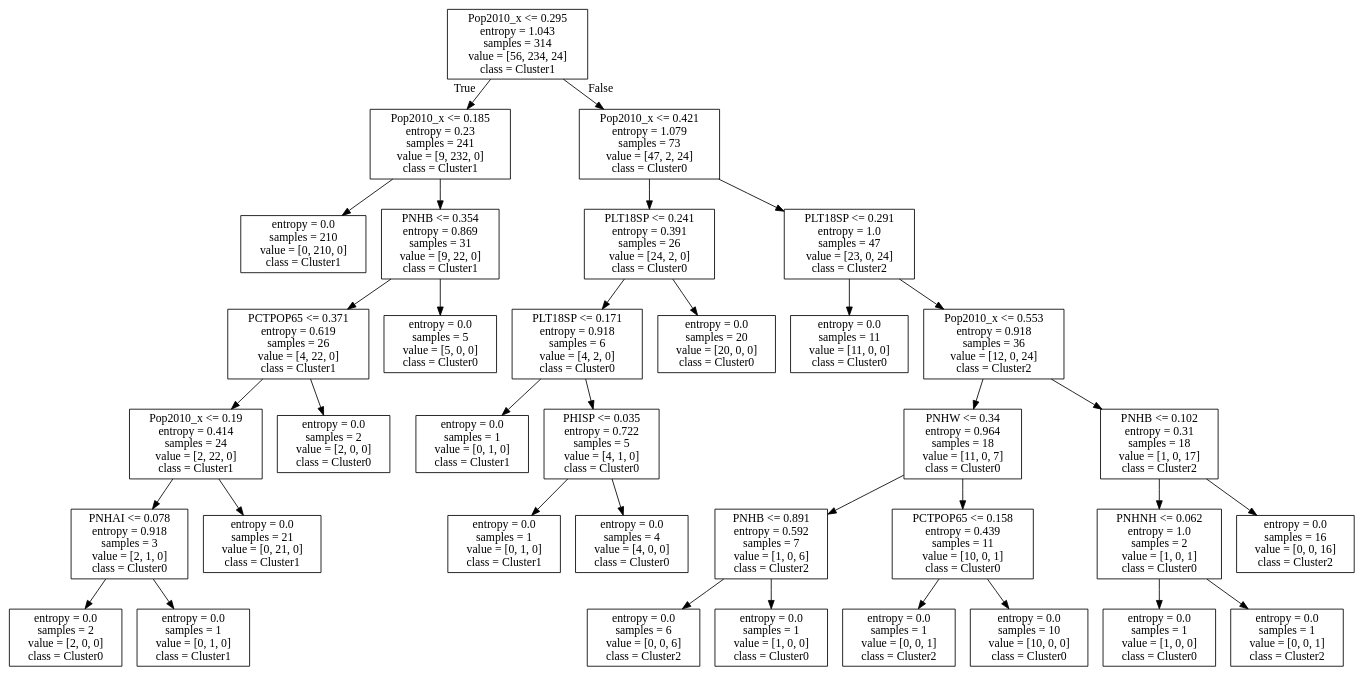
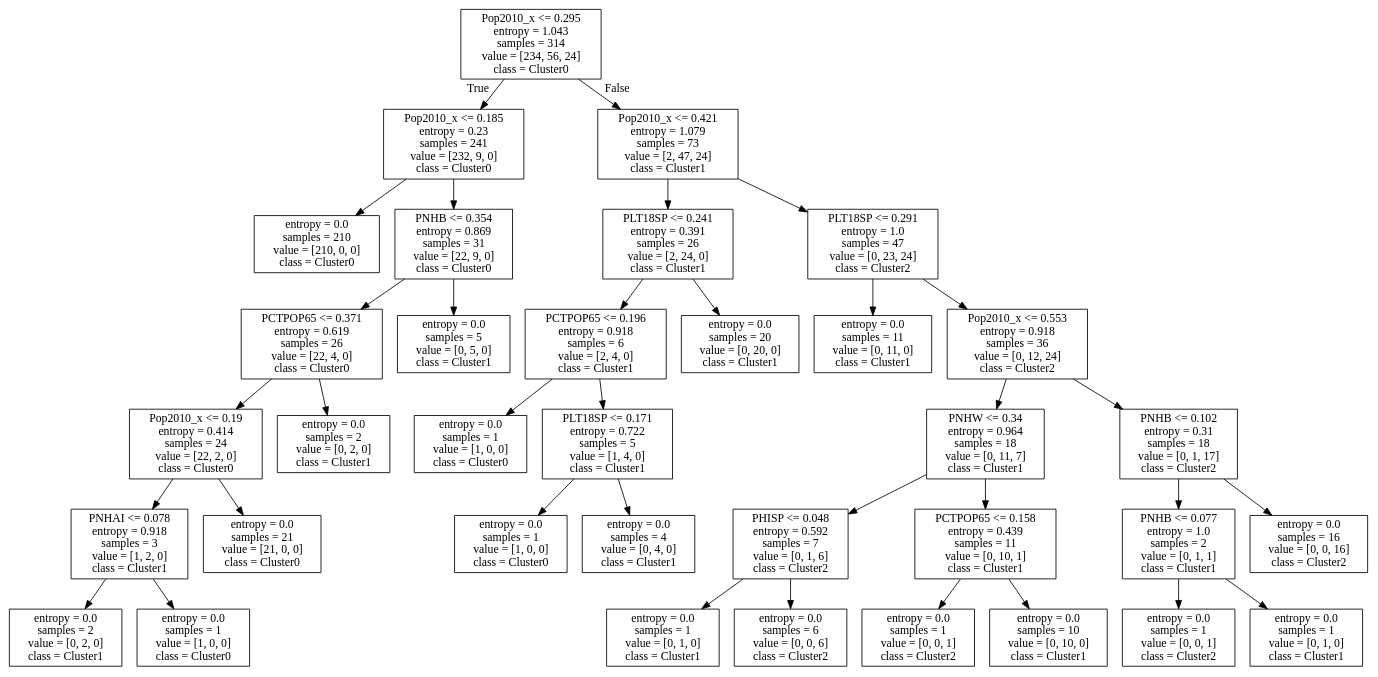
The diagram in tree_entropy.dot (arunkulkarni95/COSC467_FinalProject), drawn with Graphviz before and after one commit. The commit also changed 3 other files, not shown here.

Commit message:
updated tree graphs

```diff
--- a/tree_entropy.dot
+++ b/tree_entropy.dot
@@ -1,72 +1,72 @@
 digraph Tree {
 node [shape=box] ;
-0 [label="Pop2010_x <= 0.295\nentropy = 1.043\nsamples = 314\nvalue = [56, 234, 24]\nclass = Cluster1"] ;
-1 [label="Pop2010_x <= 0.185\nentropy = 0.23\nsamples = 241\nvalue = [9, 232, 0]\nclass = Cluster1"] ;
+0 [label="Pop2010_x <= 0.295\nentropy = 1.043\nsamples = 314\nvalue = [234, 56, 24]\nclass = Cluster0"] ;
+1 [label="Pop2010_x <= 0.185\nentropy = 0.23\nsamples = 241\nvalue = [232, 9, 0]\nclass = Cluster0"] ;
 0 -> 1 [labeldistance=2.5, labelangle=45, headlabel="True"] ;
-2 [label="entropy = 0.0\nsamples = 210\nvalue = [0, 210, 0]\nclass = Cluster1"] ;
+2 [label="entropy = 0.0\nsamples = 210\nvalue = [210, 0, 0]\nclass = Cluster0"] ;
 1 -> 2 ;
-3 [label="PNHB <= 0.354\nentropy = 0.869\nsamples = 31\nvalue = [9, 22, 0]\nclass = Cluster1"] ;
+3 [label="PNHB <= 0.354\nentropy = 0.869\nsamples = 31\nvalue = [22, 9, 0]\nclass = Cluster0"] ;
 1 -> 3 ;
-4 [label="PCTPOP65 <= 0.371\nentropy = 0.619\nsamples = 26\nvalue = [4, 22, 0]\nclass = Cluster1"] ;
+4 [label="PCTPOP65 <= 0.371\nentropy = 0.619\nsamples = 26\nvalue = [22, 4, 0]\nclass = Cluster0"] ;
 3 -> 4 ;
-5 [label="Pop2010_x <= 0.19\nentropy = 0.414\nsamples = 24\nvalue = [2, 22, 0]\nclass = Cluster1"] ;
+5 [label="Pop2010_x <= 0.19\nentropy = 0.414\nsamples = 24\nvalue = [22, 2, 0]\nclass = Cluster0"] ;
 4 -> 5 ;
-6 [label="PNHAI <= 0.078\nentropy = 0.918\nsamples = 3\nvalue = [2, 1, 0]\nclass = Cluster0"] ;
+6 [label="PNHAI <= 0.078\nentropy = 0.918\nsamples = 3\nvalue = [1, 2, 0]\nclass = Cluster1"] ;
 5 -> 6 ;
-7 [label="entropy = 0.0\nsamples = 2\nvalue = [2, 0, 0]\nclass = Cluster0"] ;
+7 [label="entropy = 0.0\nsamples = 2\nvalue = [0, 2, 0]\nclass = Cluster1"] ;
 6 -> 7 ;
-8 [label="entropy = 0.0\nsamples = 1\nvalue = [0, 1, 0]\nclass = Cluster1"] ;
+8 [label="entropy = 0.0\nsamples = 1\nvalue = [1, 0, 0]\nclass = Cluster0"] ;
 6 -> 8 ;
-9 [label="entropy = 0.0\nsamples = 21\nvalue = [0, 21, 0]\nclass = Cluster1"] ;
+9 [label="entropy = 0.0\nsamples = 21\nvalue = [21, 0, 0]\nclass = Cluster0"] ;
 5 -> 9 ;
-10 [label="entropy = 0.0\nsamples = 2\nvalue = [2, 0, 0]\nclass = Cluster0"] ;
+10 [label="entropy = 0.0\nsamples = 2\nvalue = [0, 2, 0]\nclass = Cluster1"] ;
 4 -> 10 ;
-11 [label="entropy = 0.0\nsamples = 5\nvalue = [5, 0, 0]\nclass = Cluster0"] ;
+11 [label="entropy = 0.0\nsamples = 5\nvalue = [0, 5, 0]\nclass = Cluster1"] ;
 3 -> 11 ;
-12 [label="Pop2010_x <= 0.421\nentropy = 1.079\nsamples = 73\nvalue = [47, 2, 24]\nclass = Cluster0"] ;
+12 [label="Pop2010_x <= 0.421\nentropy = 1.079\nsamples = 73\nvalue = [2, 47, 24]\nclass = Cluster1"] ;
 0 -> 12 [labeldistance=2.5, labelangle=-45, headlabel="False"] ;
-13 [label="PLT18SP <= 0.241\nentropy = 0.391\nsamples = 26\nvalue = [24, 2, 0]\nclass = Cluster0"] ;
+13 [label="PLT18SP <= 0.241\nentropy = 0.391\nsamples = 26\nvalue = [2, 24, 0]\nclass = Cluster1"] ;
 12 -> 13 ;
-14 [label="PLT18SP <= 0.171\nentropy = 0.918\nsamples = 6\nvalue = [4, 2, 0]\nclass = Cluster0"] ;
+14 [label="PCTPOP65 <= 0.196\nentropy = 0.918\nsamples = 6\nvalue = [2, 4, 0]\nclass = Cluster1"] ;
 13 -> 14 ;
-15 [label="entropy = 0.0\nsamples = 1\nvalue = [0, 1, 0]\nclass = Cluster1"] ;
+15 [label="entropy = 0.0\nsamples = 1\nvalue = [1, 0, 0]\nclass = Cluster0"] ;
 14 -> 15 ;
-16 [label="PHISP <= 0.035\nentropy = 0.722\nsamples = 5\nvalue = [4, 1, 0]\nclass = Cluster0"] ;
+16 [label="PLT18SP <= 0.171\nentropy = 0.722\nsamples = 5\nvalue = [1, 4, 0]\nclass = Cluster1"] ;
 14 -> 16 ;
-17 [label="entropy = 0.0\nsamples = 1\nvalue = [0, 1, 0]\nclass = Cluster1"] ;
+17 [label="entropy = 0.0\nsamples = 1\nvalue = [1, 0, 0]\nclass = Cluster0"] ;
 16 -> 17 ;
-18 [label="entropy = 0.0\nsamples = 4\nvalue = [4, 0, 0]\nclass = Cluster0"] ;
+18 [label="entropy = 0.0\nsamples = 4\nvalue = [0, 4, 0]\nclass = Cluster1"] ;
 16 -> 18 ;
-19 [label="entropy = 0.0\nsamples = 20\nvalue = [20, 0, 0]\nclass = Cluster0"] ;
+19 [label="entropy = 0.0\nsamples = 20\nvalue = [0, 20, 0]\nclass = Cluster1"] ;
 13 -> 19 ;
-20 [label="PLT18SP <= 0.291\nentropy = 1.0\nsamples = 47\nvalue = [23, 0, 24]\nclass = Cluster2"] ;
+20 [label="PLT18SP <= 0.291\nentropy = 1.0\nsamples = 47\nvalue = [0, 23, 24]\nclass = Cluster2"] ;
 12 -> 20 ;
-21 [label="entropy = 0.0\nsamples = 11\nvalue = [11, 0, 0]\nclass = Cluster0"] ;
+21 [label="entropy = 0.0\nsamples = 11\nvalue = [0, 11, 0]\nclass = Cluster1"] ;
 20 -> 21 ;
-22 [label="Pop2010_x <= 0.553\nentropy = 0.918\nsamples = 36\nvalue = [12, 0, 24]\nclass = Cluster2"] ;
+22 [label="Pop2010_x <= 0.553\nentropy = 0.918\nsamples = 36\nvalue = [0, 12, 24]\nclass = Cluster2"] ;
 20 -> 22 ;
-23 [label="PNHW <= 0.34\nentropy = 0.964\nsamples = 18\nvalue = [11, 0, 7]\nclass = Cluster0"] ;
+23 [label="PNHW <= 0.34\nentropy = 0.964\nsamples = 18\nvalue = [0, 11, 7]\nclass = Cluster1"] ;
 22 -> 23 ;
-24 [label="PNHB <= 0.891\nentropy = 0.592\nsamples = 7\nvalue = [1, 0, 6]\nclass = Cluster2"] ;
+24 [label="PHISP <= 0.048\nentropy = 0.592\nsamples = 7\nvalue = [0, 1, 6]\nclass = Cluster2"] ;
 23 -> 24 ;
-25 [label="entropy = 0.0\nsamples = 6\nvalue = [0, 0, 6]\nclass = Cluster2"] ;
+25 [label="entropy = 0.0\nsamples = 1\nvalue = [0, 1, 0]\nclass = Cluster1"] ;
 24 -> 25 ;
-26 [label="entropy = 0.0\nsamples = 1\nvalue = [1, 0, 0]\nclass = Cluster0"] ;
+26 [label="entropy = 0.0\nsamples = 6\nvalue = [0, 0, 6]\nclass = Cluster2"] ;
 24 -> 26 ;
-27 [label="PCTPOP65 <= 0.158\nentropy = 0.439\nsamples = 11\nvalue = [10, 0, 1]\nclass = Cluster0"] ;
+27 [label="PCTPOP65 <= 0.158\nentropy = 0.439\nsamples = 11\nvalue = [0, 10, 1]\nclass = Cluster1"] ;
 23 -> 27 ;
 28 [label="entropy = 0.0\nsamples = 1\nvalue = [0, 0, 1]\nclass = Cluster2"] ;
 27 -> 28 ;
-29 [label="entropy = 0.0\nsamples = 10\nvalue = [10, 0, 0]\nclass = Cluster0"] ;
+29 [label="entropy = 0.0\nsamples = 10\nvalue = [0, 10, 0]\nclass = Cluster1"] ;
 27 -> 29 ;
-30 [label="PNHB <= 0.102\nentropy = 0.31\nsamples = 18\nvalue = [1, 0, 17]\nclass = Cluster2"] ;
+30 [label="PNHB <= 0.102\nentropy = 0.31\nsamples = 18\nvalue = [0, 1, 17]\nclass = Cluster2"] ;
 22 -> 30 ;
-31 [label="PNHNH <= 0.062\nentropy = 1.0\nsamples = 2\nvalue = [1, 0, 1]\nclass = Cluster0"] ;
+31 [label="PNHB <= 0.077\nentropy = 1.0\nsamples = 2\nvalue = [0, 1, 1]\nclass = Cluster1"] ;
 30 -> 31 ;
-32 [label="entropy = 0.0\nsamples = 1\nvalue = [1, 0, 0]\nclass = Cluster0"] ;
+32 [label="entropy = 0.0\nsamples = 1\nvalue = [0, 0, 1]\nclass = Cluster2"] ;
 31 -> 32 ;
-33 [label="entropy = 0.0\nsamples = 1\nvalue = [0, 0, 1]\nclass = Cluster2"] ;
+33 [label="entropy = 0.0\nsamples = 1\nvalue = [0, 1, 0]\nclass = Cluster1"] ;
 31 -> 33 ;
 34 [label="entropy = 0.0\nsamples = 16\nvalue = [0, 0, 16]\nclass = Cluster2"] ;
 30 -> 34 ;
 }
```
